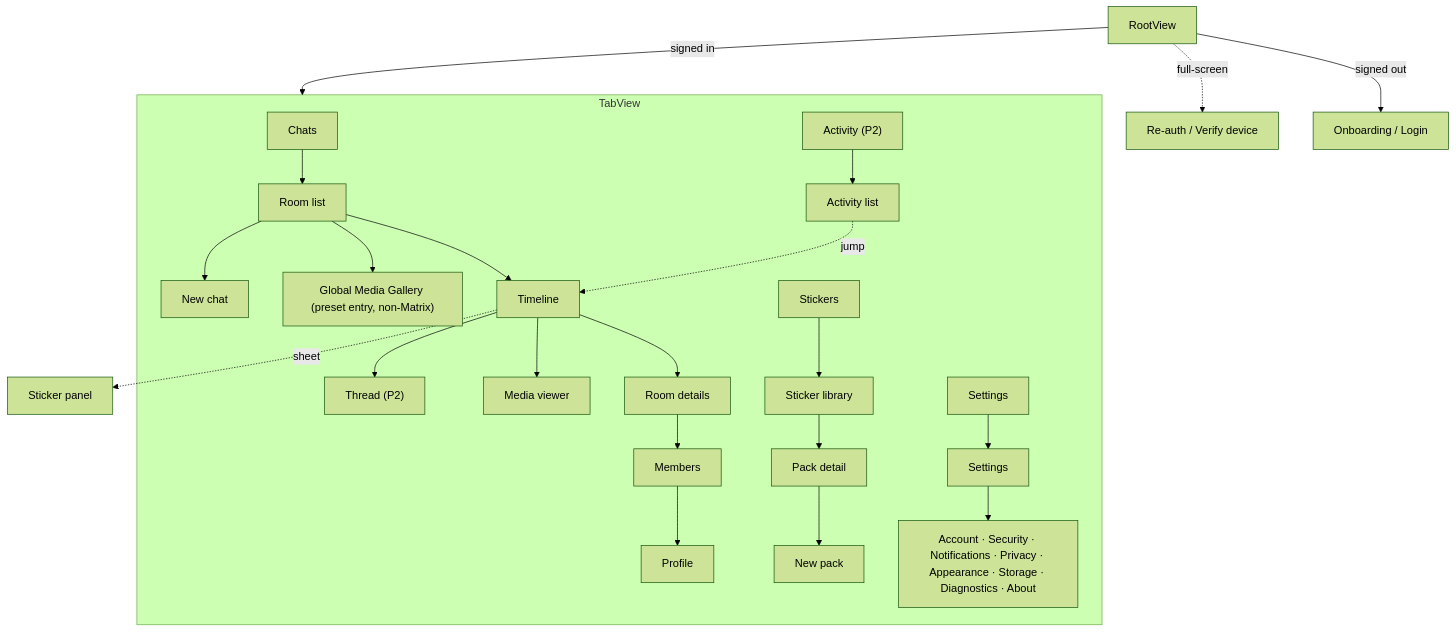
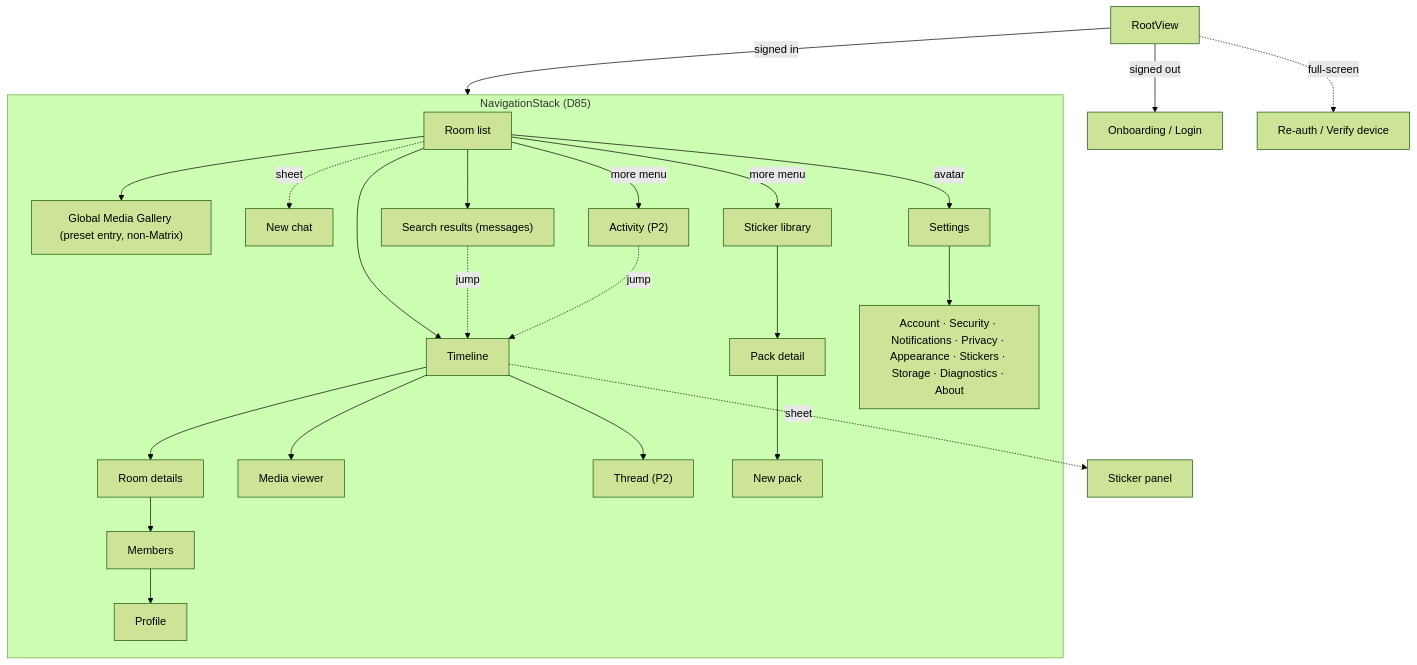
The diagram in docs/design/NAVIGATION.md (evan1ee/halo), drawn with Mermaid (forest theme) before and after one commit. The commit also changed other lines of this file and 16 other files, not shown here.

````diff
--- a/docs/design/NAVIGATION.md
+++ b/docs/design/NAVIGATION.md
@@ -17,17 +22,18 @@
 ```mermaid
 flowchart TB
   Root[RootView] -->|signed out| Onb[Onboarding / Login]
-  Root -->|signed in| Tabs
-  subgraph Tabs[TabView]
-    Chats --> RL[Room list] --> TL[Timeline] --> RD[Room details] --> MB[Members] --> PR[Profile]
+  Root -->|signed in| Stack
+  subgraph Stack["NavigationStack (D85)"]
+    RL[Room list] --> TL[Timeline] --> RD[Room details] --> MB[Members] --> PR[Profile]
     RL --> MG["Global Media Gallery (preset entry, non-Matrix)"]
     TL --> MV[Media viewer]
     TL --> TH["Thread (P2)"]
-    RL --> NC[New chat]
-    Stickers --> SL[Sticker library] --> PK[Pack detail] --> NP[New pack]
-    Act["Activity (P2)"] --> AL[Activity list] -.jump.-> TL
-    Settings --> ST[Settings] --> Sub[Account · Security · Notifications · Privacy · Appearance · Storage · Diagnostics · About]
+    RL -. sheet .-> NC[New chat]
+    RL --> SR["Search results (messages)"] -.jump.-> TL
+    RL -->|more menu| SL[Sticker library] --> PK[Pack detail] --> NP[New pack]
+    RL -->|more menu| AL["Activity (P2)"] -.jump.-> TL
+    RL -->|avatar| ST[Settings] --> Sub[Account · Security · Notifications · Privacy · Appearance · Stickers · Storage · Diagnostics · About]
   end
   TL -. sheet .-> SP[Sticker panel]
   Root -. full-screen .-> RA[Re-auth / Verify device]
 ```
````
